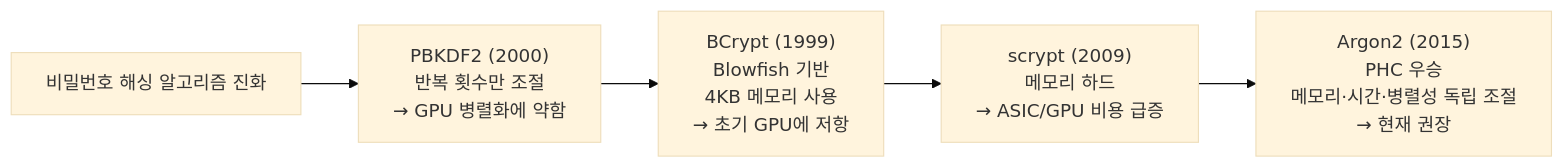
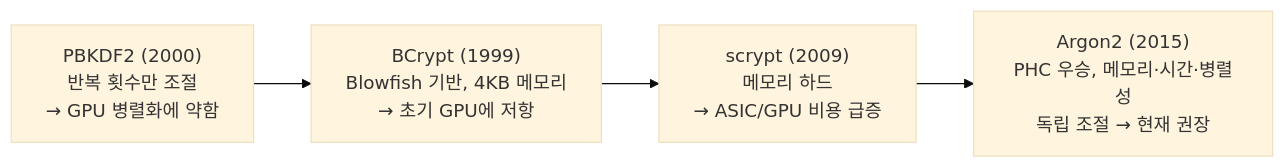
The diagram in security/main/07-hashing-and-password-storage.md (ktae23/TIL), drawn with Mermaid (base theme) before and after one commit. The commit also changed other lines of this file and 13 other files, not shown here.

````diff
--- a/security/main/07-hashing-and-password-storage.md
+++ b/security/main/07-hashing-and-password-storage.md
@@ -169,7 +149,7 @@
 ```mermaid
 flowchart LR
-    A[비밀번호 해싱 알고리즘 진화] --> B["PBKDF2 (2000)<br/>반복 횟수만 조절<br/>→ GPU 병렬화에 약함"]
-    B --> C["BCrypt (1999)<br/>Blowfish 기반<br/>4KB 메모리 사용<br/>→ 초기 GPU에 저항"]
+    B["PBKDF2 (2000)<br/>반복 횟수만 조절<br/>→ GPU 병렬화에 약함"]
+    B --> C["BCrypt (1999)<br/>Blowfish 기반, 4KB 메모리<br/>→ 초기 GPU에 저항"]
     C --> D["scrypt (2009)<br/>메모리 하드<br/>→ ASIC/GPU 비용 급증"]
-    D --> E["Argon2 (2015)<br/>PHC 우승<br/>메모리·시간·병렬성 독립 조절<br/>→ 현재 권장"]
+    D --> E["Argon2 (2015)<br/>PHC 우승, 메모리·시간·병렬성<br/>독립 조절 → 현재 권장"]
 ```
````
